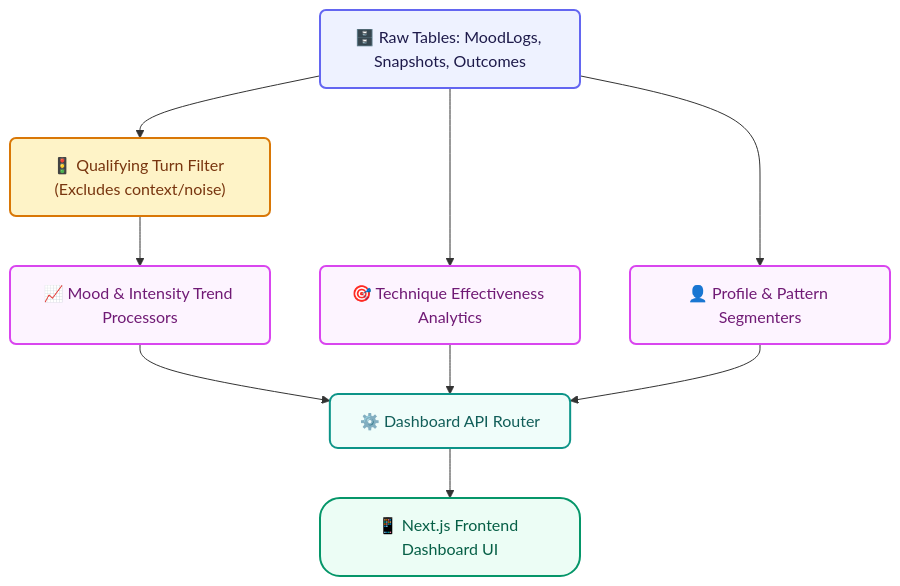
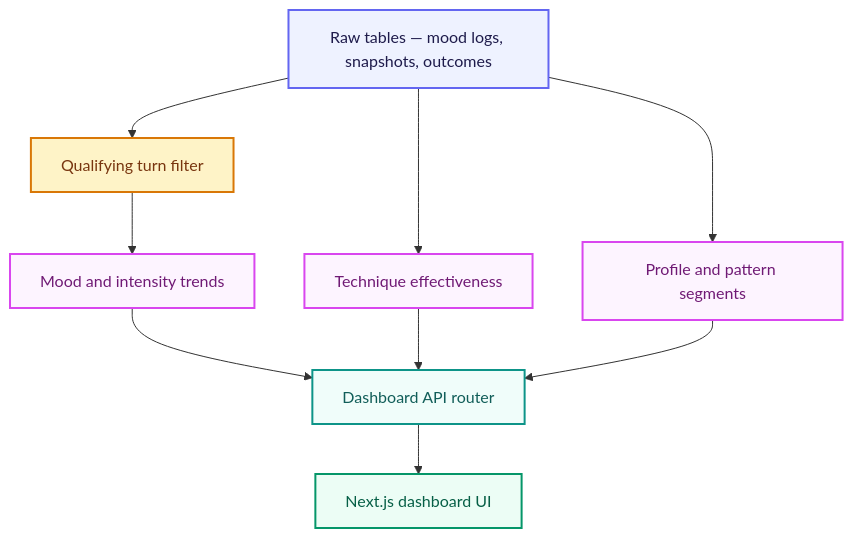
One commit to taha-mehmood-03/Personlaized-Trainer-Using-Agentic-AI changed diagram 14 of 18 in README.md. Above: the diagram before and after it, drawn with Mermaid. The commit also changed other lines of this file and 36 other files, not shown here.

````diff
--- a/README.md
+++ b/README.md
@@ -1104,26 +992,24 @@
 ```mermaid
 flowchart TD
-    %% Class Definitions
-    classDef input fill:#EEF2FF,stroke:#6366F1,stroke-width:2px,color:#1E1B4B,rx:6px,ry:6px;
-    classDef filter fill:#FEF3C7,stroke:#D97706,stroke-width:2px,color:#78350F;
-    classDef node fill:#FDF4FF,stroke:#D946EF,stroke-width:2px,color:#701A75,rx:6px,ry:6px;
-    classDef api fill:#F0FDFA,stroke:#0D9488,stroke-width:2px,color:#115E59,rx:8px,ry:8px;
-    classDef ui fill:#ECFDF5,stroke:#059669,stroke-width:2px,color:#065F46,rx:20px,ry:20px;
+    classDef input fill:#EEF2FF,stroke:#6366F1,stroke-width:2px,color:#1E1B4B
+    classDef filter fill:#FEF3C7,stroke:#D97706,stroke-width:2px,color:#78350F
+    classDef node fill:#FDF4FF,stroke:#D946EF,stroke-width:2px,color:#701A75
+    classDef api fill:#F0FDFA,stroke:#0D9488,stroke-width:2px,color:#115E59
+    classDef ui fill:#ECFDF5,stroke:#059669,stroke-width:2px,color:#065F46
 
-    Records["🗄️ Raw Tables: MoodLogs, Snapshots, Outcomes"]:::input
-    Filter["🚦 Qualifying Turn Filter (Excludes context/noise)"]:::filter
-    Trends["📈 Mood & Intensity Trend Processors"]:::node
-    Techniques["🎯 Technique Effectiveness Analytics"]:::node
-    Profile["👤 Profile & Pattern Segmenters"]:::node
-    Dashboard["⚙️ Dashboard API Router"]:::api
-    UI["📱 Next.js Frontend Dashboard UI"]:::ui
+    Records["Raw tables — mood logs, snapshots, outcomes"]:::input
+    Filter["Qualifying turn filter"]:::filter
+    Trends["Mood and intensity trends"]:::node
+    Techniques["Technique effectiveness"]:::node
+    Profile["Profile and pattern segments"]:::node
+    DashboardAPI["Dashboard API router"]:::api
+    UI["Next.js dashboard UI"]:::ui
 
-    Records --> Filter
-    Filter --> Trends
+    Records --> Filter --> Trends
     Records --> Techniques
     Records --> Profile
-    Trends --> Dashboard
-    Techniques --> Dashboard
-    Profile --> Dashboard
-    Dashboard --> UI
+    Trends --> DashboardAPI
+    Techniques --> DashboardAPI
+    Profile --> DashboardAPI
+    DashboardAPI --> UI
 ```
````
